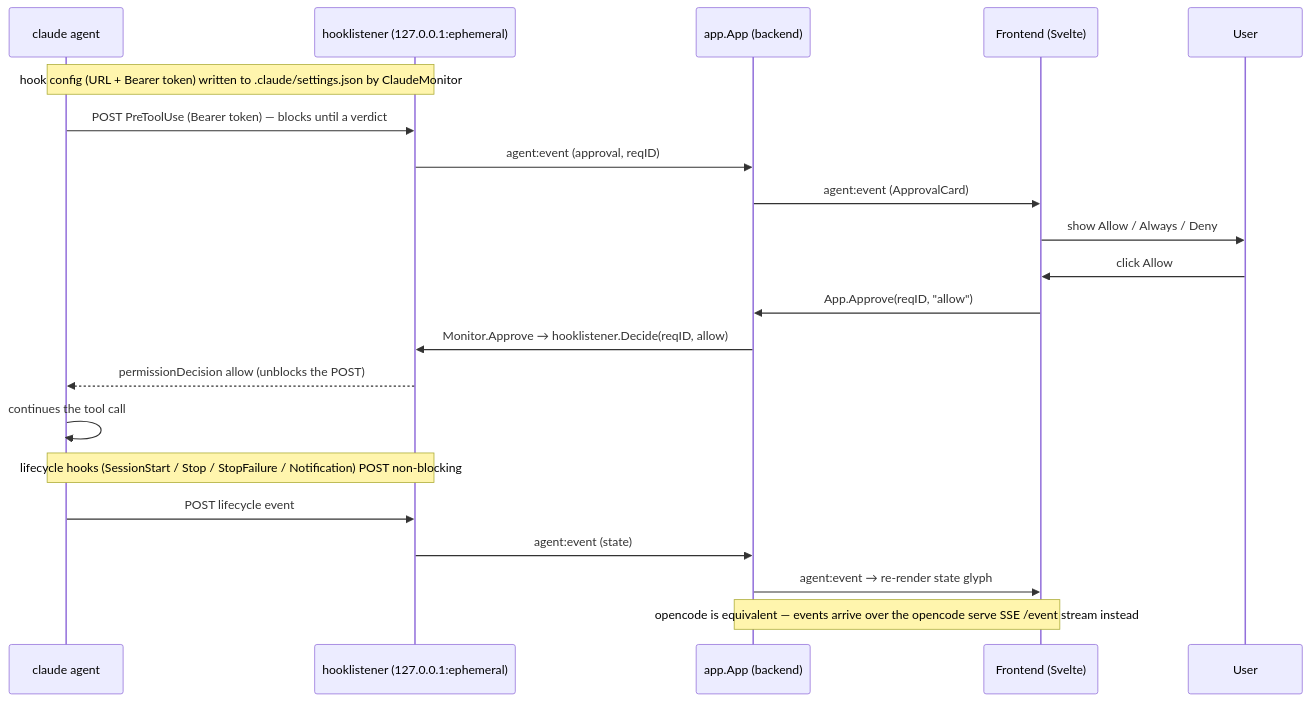
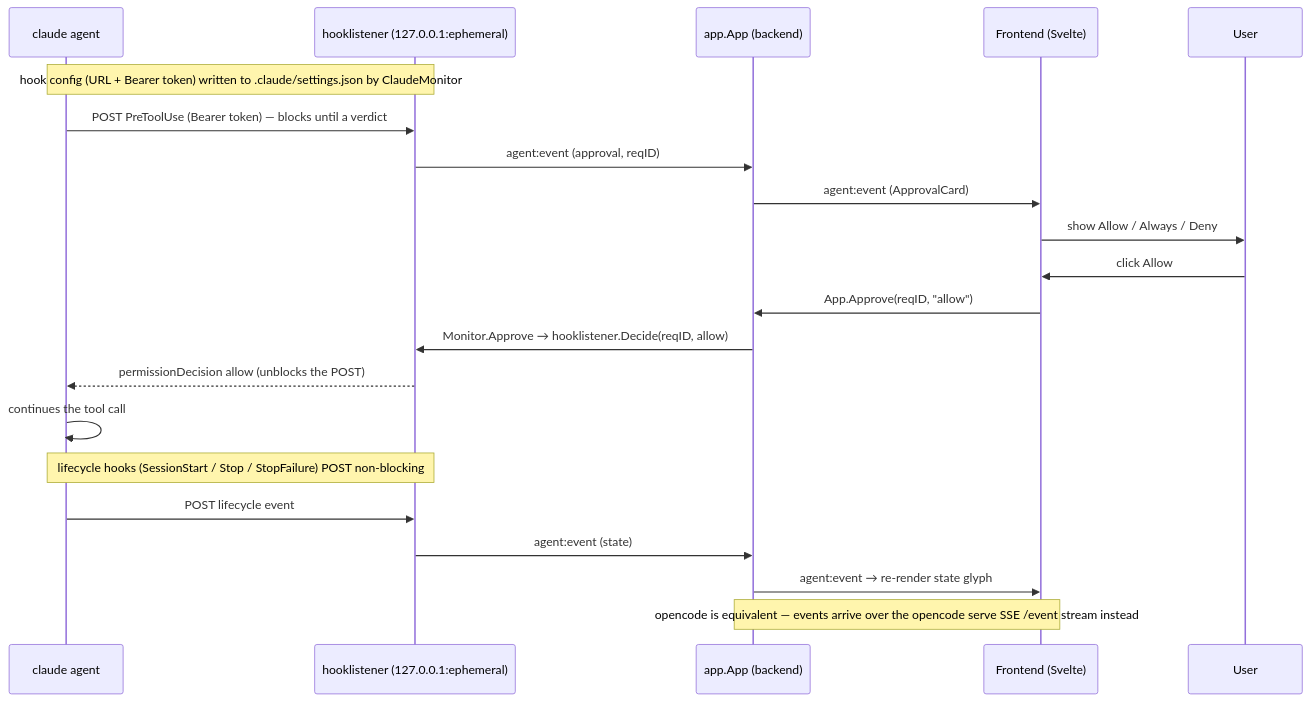
One commit to miniature-pug/perch changed the diagram in docs/diagrams/status-sequence.mmd. Above: the diagram before and after it, drawn with Mermaid. The commit also changed 23 other files, not shown here.

```diff
--- a/docs/diagrams/status-sequence.mmd
+++ b/docs/diagrams/status-sequence.mmd
@@ -1,26 +1,26 @@
 sequenceDiagram
     participant Agent as claude agent
     participant HL as hooklistener (127.0.0.1:ephemeral)
     participant App as app.App (backend)
     participant FE as Frontend (Svelte)
     participant User as User
 
     Note over Agent,HL: hook config (URL + Bearer token) written to .claude/settings.json by ClaudeMonitor
 
     Agent->>HL: POST PreToolUse (Bearer token) — blocks until a verdict
     HL->>App: agent:event (approval, reqID)
     App->>FE: agent:event (ApprovalCard)
     FE->>User: show Allow / Always / Deny
 
     User->>FE: click Allow
     FE->>App: App.Approve(reqID, "allow")
     App->>HL: Monitor.Approve → hooklistener.Decide(reqID, allow)
     HL-->>Agent: permissionDecision allow (unblocks the POST)
     Agent->>Agent: continues the tool call
 
-    Note over Agent,HL: lifecycle hooks (SessionStart / Stop / StopFailure / Notification) POST non-blocking
+    Note over Agent,HL: lifecycle hooks (SessionStart / Stop / StopFailure) POST non-blocking
     Agent->>HL: POST lifecycle event
     HL->>App: agent:event (state)
     App->>FE: agent:event → re-render state glyph
 
     Note over App,FE: opencode is equivalent — events arrive over the opencode serve SSE /event stream instead
```
